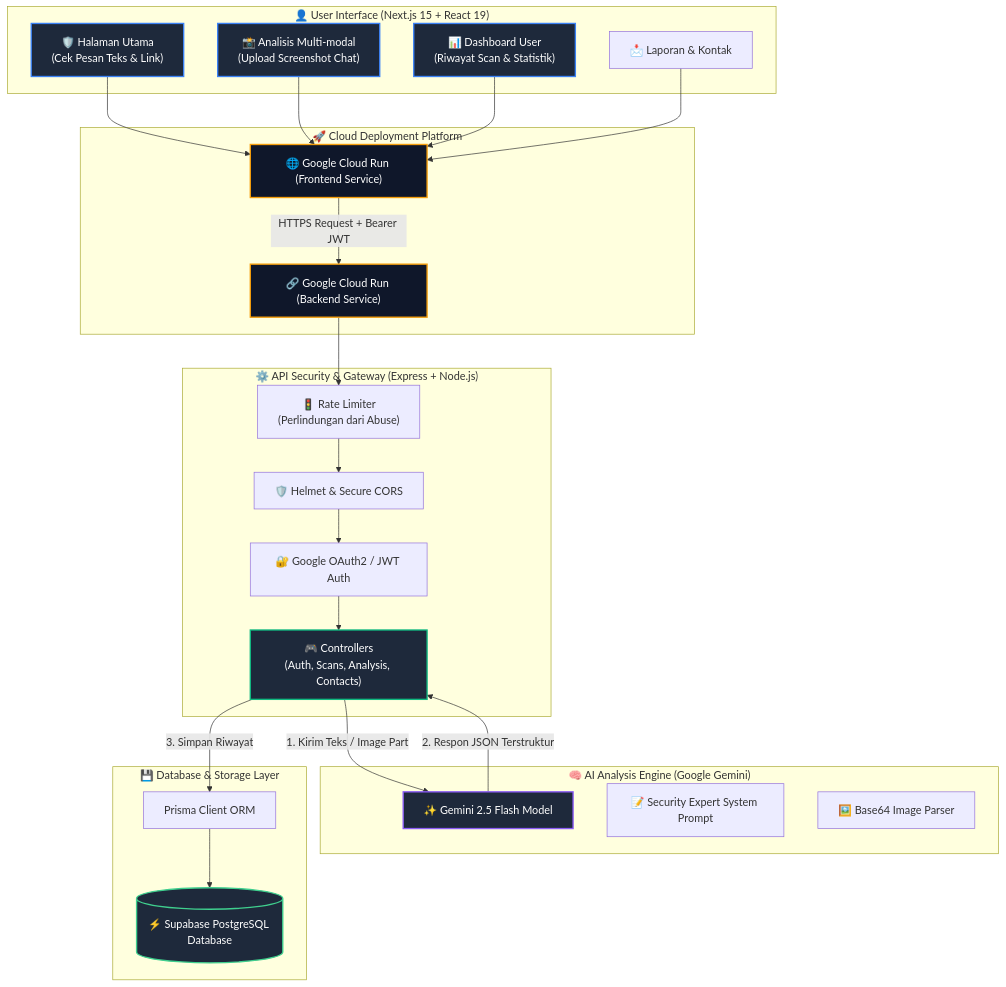
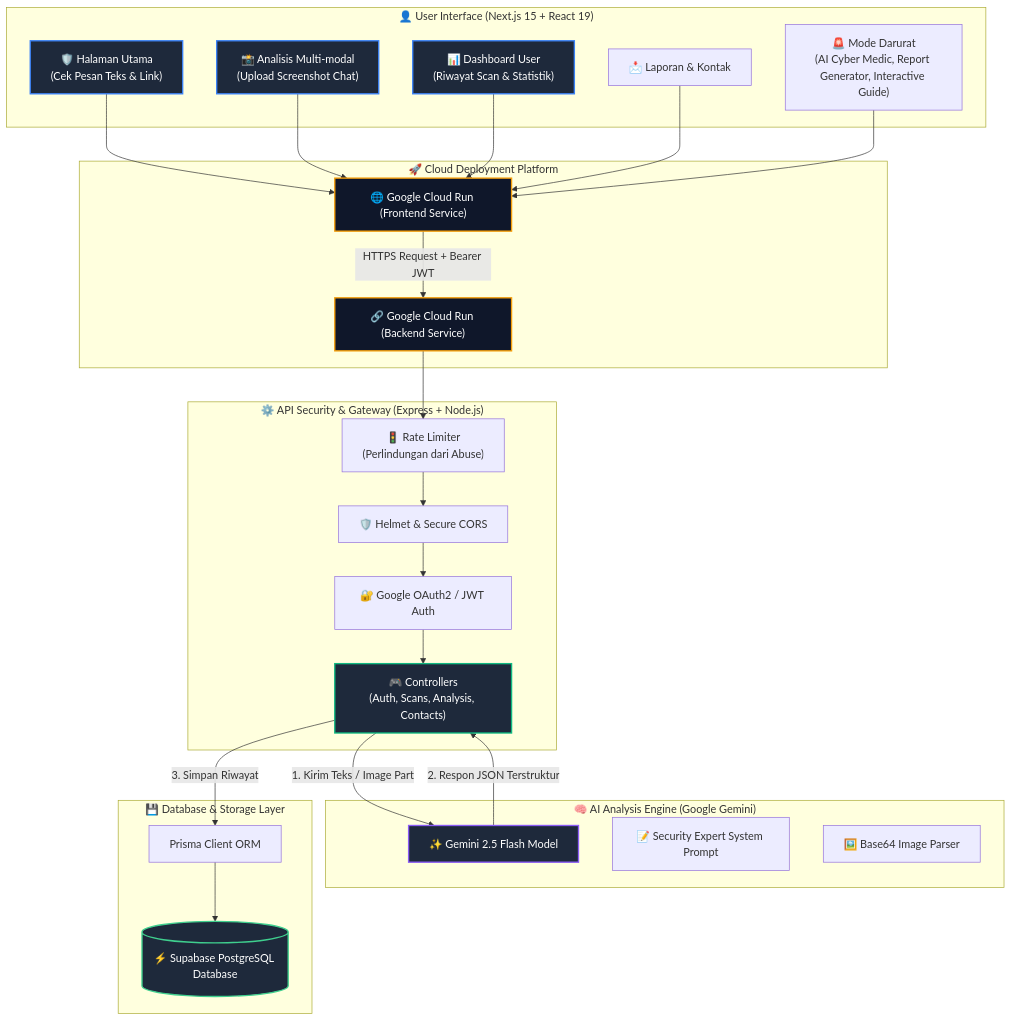
One commit to Renoslendra/aman-klik changed the diagram in README.md. Above: the diagram before and after it, drawn with Mermaid. The commit also changed other lines of this file, not shown here.

Commit message:
docs: update README.md to document Mode Darurat feature set

````diff
--- a/README.md
+++ b/README.md
@@ -55,57 +66,59 @@
 ```mermaid
 graph TB
     subgraph "👤 User Interface (Next.js 15 + React 19)"
         UI1["🛡️ Halaman Utama<br/>(Cek Pesan Teks & Link)"]
         UI2["📸 Analisis Multi-modal<br/>(Upload Screenshot Chat)"]
         UI3["📊 Dashboard User<br/>(Riwayat Scan & Statistik)"]
         UI4["📩 Laporan & Kontak"]
+        UI5["🚨 Mode Darurat<br/>(AI Cyber Medic, Report Generator, Interactive Guide)"]
     end
 
     subgraph "⚙️ API Security & Gateway (Express + Node.js)"
         Sec1["🚦 Rate Limiter<br/>(Perlindungan dari Abuse)"]
         Sec2["🛡️ Helmet & Secure CORS"]
         Sec3["🔐 Google OAuth2 / JWT Auth"]
         Controller["🎮 Controllers<br/>(Auth, Scans, Analysis, Contacts)"]
     end
 
     subgraph "🧠 AI Analysis Engine (Google Gemini)"
         Gemini["✨ Gemini 2.5 Flash Model"]
         Prompt["📝 Security Expert System Prompt"]
         ImageProc["🖼️ Base64 Image Parser"]
     end
 
     subgraph "💾 Database & Storage Layer"
         Prisma["Prisma Client ORM"]
         DB[("⚡ Supabase PostgreSQL Database")]
     end
 
     subgraph "🚀 Cloud Deployment Platform"
         GCP_FE["🌐 Google Cloud Run (Frontend Service)"]
         GCP_BE["🔗 Google Cloud Run (Backend Service)"]
     end
 
     UI1 --> GCP_FE
     UI2 --> GCP_FE
     UI3 --> GCP_FE
     UI4 --> GCP_FE
+    UI5 --> GCP_FE
 
     GCP_FE -->|HTTPS Request + Bearer JWT| GCP_BE
     GCP_BE --> Sec1
     Sec1 --> Sec2
     Sec2 --> Sec3
     Sec3 --> Controller
 
     Controller -->|1. Kirim Teks / Image Part| Gemini
     Gemini -->|2. Respon JSON Terstruktur| Controller
     Controller -->|3. Simpan Riwayat| Prisma
     Prisma --> DB
 
     style UI1 fill:#1E293B,stroke:#3B82F6,stroke-width:2px,color:#fff
     style UI2 fill:#1E293B,stroke:#3B82F6,stroke-width:2px,color:#fff
     style UI3 fill:#1E293B,stroke:#3B82F6,stroke-width:2px,color:#fff
     style Controller fill:#1E293B,stroke:#10B981,stroke-width:2px,color:#fff
     style Gemini fill:#1E293B,stroke:#8B5CF6,stroke-width:2px,color:#fff
     style DB fill:#1E293B,stroke:#3FCF8E,stroke-width:2px,color:#fff
     style GCP_FE fill:#0F172A,stroke:#F59E0B,stroke-width:2px,color:#fff
     style GCP_BE fill:#0F172A,stroke:#F59E0B,stroke-width:2px,color:#fff
 ```
````
